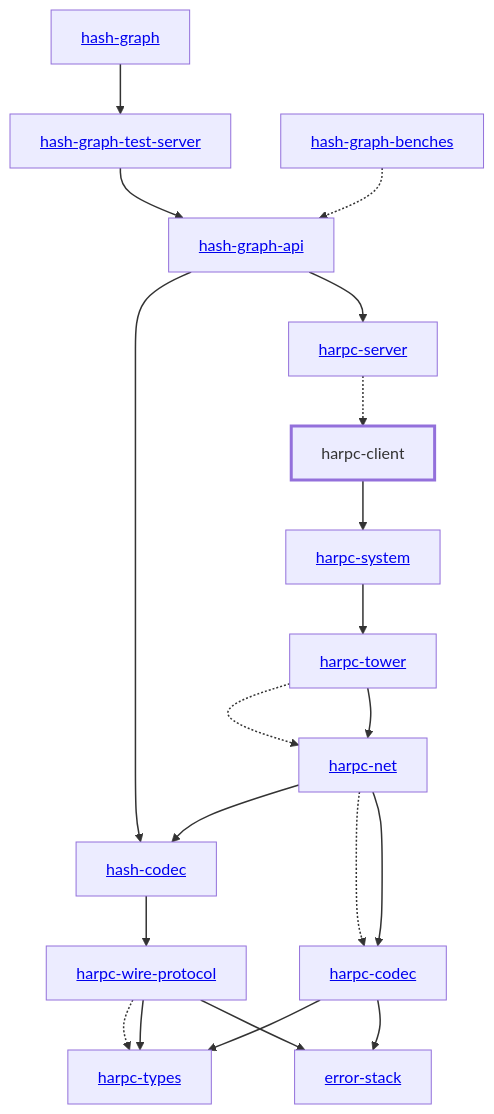
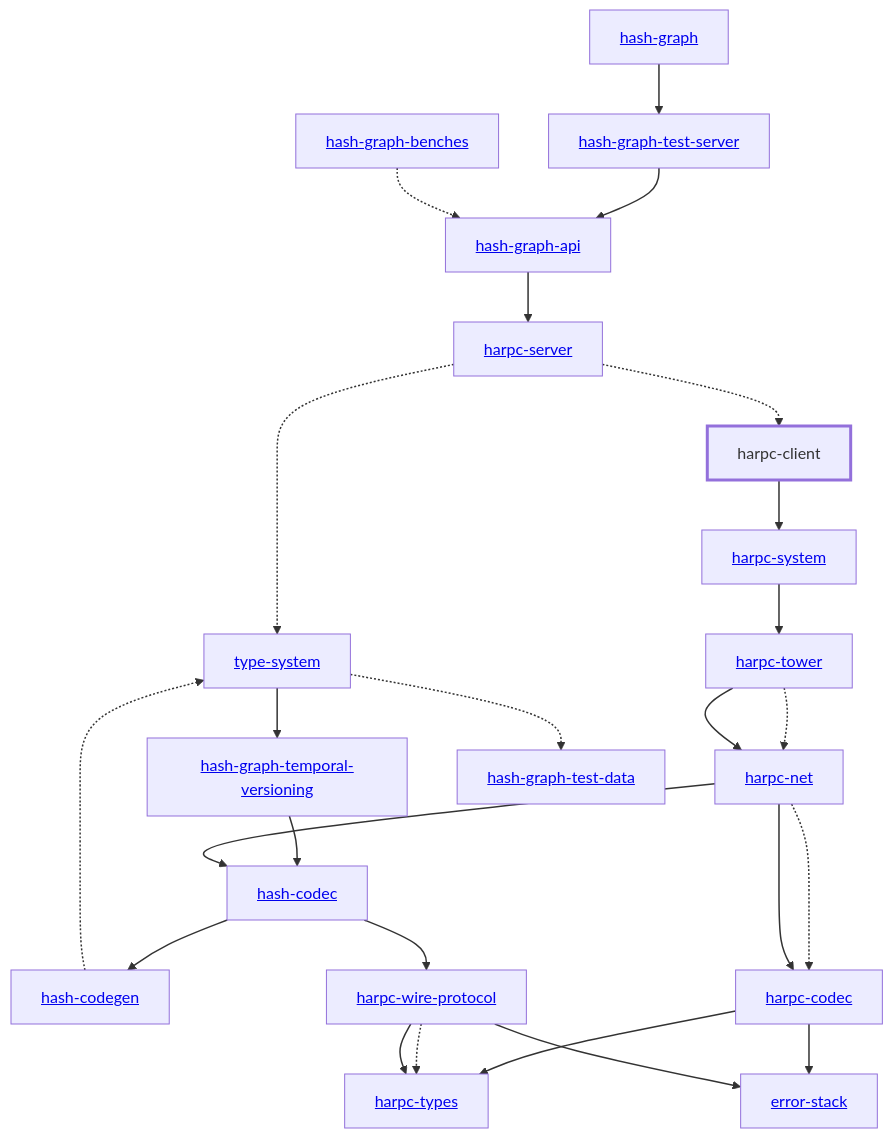
Before and after one commit to hashintel/hash: the diagram in libs/@local/harpc/client/rust/docs/dependency-diagram.mmd, drawn with Mermaid. The commit also changed 21 other files, not shown here.

Commit message:
Fix dependency diagrams

```diff
--- a/libs/@local/harpc/client/rust/docs/dependency-diagram.mmd
+++ b/libs/@local/harpc/client/rust/docs/dependency-diagram.mmd
@@ -1,44 +1,53 @@
 graph TD
     linkStyle default stroke-width:1.5px
     classDef default stroke-width:1px
     classDef root stroke-width:3px
     classDef dev stroke-width:1px
     classDef build stroke-width:1px
     %% Legend
     %% --> : Normal dependency
     %% -.-> : Dev dependency
     %% ---> : Build dependency
     0[<a href="../hash_graph">hash-graph</a>]
-    1[<a href="../hash_codec">hash-codec</a>]
-    2[<a href="../hash_graph_api">hash-graph-api</a>]
-    3[<a href="../hash_graph_test_server">hash-graph-test-server</a>]
-    4[harpc-client]
-    class 4 root
-    5[<a href="../harpc_codec">harpc-codec</a>]
-    6[<a href="../harpc_net">harpc-net</a>]
-    7[<a href="../harpc_server">harpc-server</a>]
-    8[<a href="../harpc_system">harpc-system</a>]
-    9[<a href="../harpc_tower">harpc-tower</a>]
-    10[<a href="../harpc_types">harpc-types</a>]
-    11[<a href="../harpc_wire_protocol">harpc-wire-protocol</a>]
-    12[<a href="../error_stack">error-stack</a>]
-    13[<a href="../hash_graph_benches">hash-graph-benches</a>]
-    0 --> 3
-    1 --> 11
-    2 --> 1
-    2 --> 7
-    3 --> 2
-    4 --> 8
-    5 --> 10
-    5 --> 12
-    6 --> 1
-    6 -.-> 5
-    6 --> 5
-    7 -.-> 4
-    8 --> 9
-    9 -.-> 6
-    9 --> 6
-    11 -.-> 10
-    11 --> 10
+    1[<a href="../type_system">type-system</a>]
+    2[<a href="../hash_codec">hash-codec</a>]
+    3[<a href="../hash_codegen">hash-codegen</a>]
+    4[<a href="../hash_graph_api">hash-graph-api</a>]
+    5[<a href="../hash_graph_temporal_versioning">hash-graph-temporal-versioning</a>]
+    6[<a href="../hash_graph_test_server">hash-graph-test-server</a>]
+    7[harpc-client]
+    class 7 root
+    8[<a href="../harpc_codec">harpc-codec</a>]
+    9[<a href="../harpc_net">harpc-net</a>]
+    10[<a href="../harpc_server">harpc-server</a>]
+    11[<a href="../harpc_system">harpc-system</a>]
+    12[<a href="../harpc_tower">harpc-tower</a>]
+    13[<a href="../harpc_types">harpc-types</a>]
+    14[<a href="../harpc_wire_protocol">harpc-wire-protocol</a>]
+    15[<a href="../error_stack">error-stack</a>]
+    16[<a href="../hash_graph_benches">hash-graph-benches</a>]
+    17[<a href="../hash_graph_test_data">hash-graph-test-data</a>]
+    0 --> 6
+    1 --> 5
+    1 -.-> 17
+    2 --> 3
+    2 --> 14
+    3 -.-> 1
+    4 --> 10
+    5 --> 2
+    6 --> 4
+    7 --> 11
+    8 --> 13
+    8 --> 15
+    9 --> 2
+    9 -.-> 8
+    9 --> 8
+    10 -.-> 1
+    10 -.-> 7
     11 --> 12
-    13 -.-> 2
+    12 -.-> 9
+    12 --> 9
+    14 -.-> 13
+    14 --> 13
+    14 --> 15
+    16 -.-> 4
```
